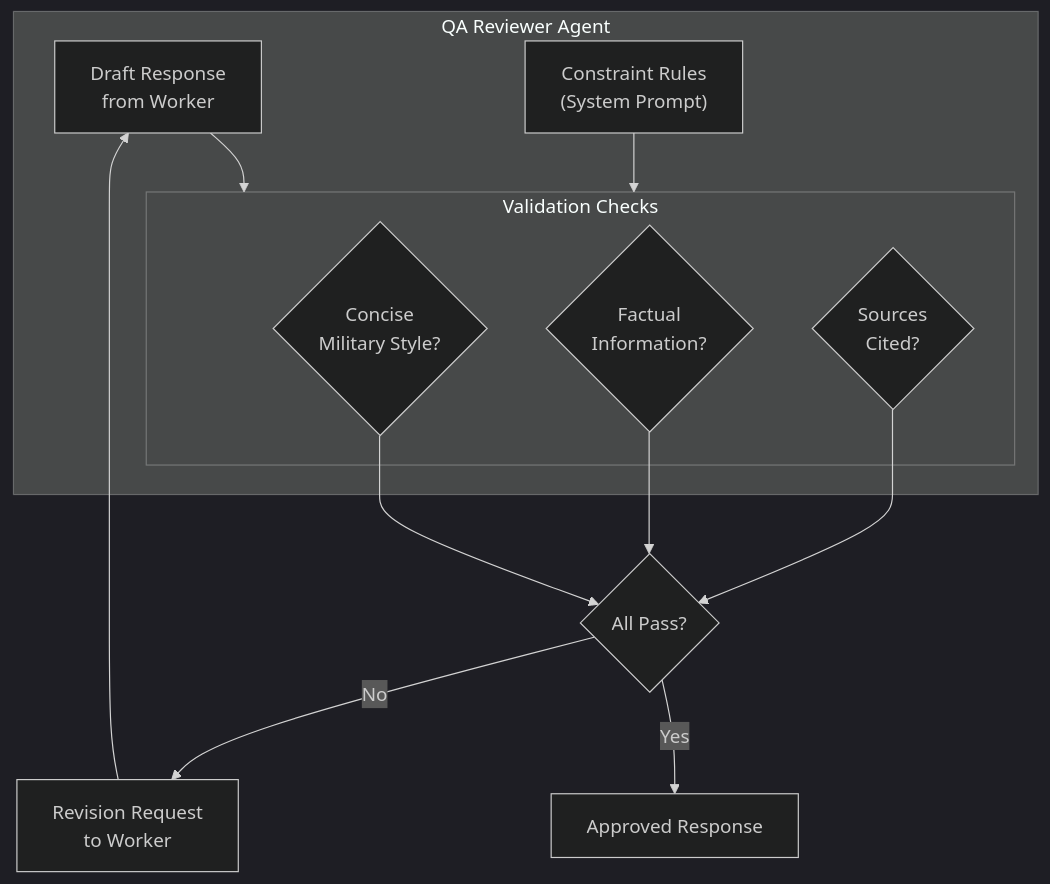
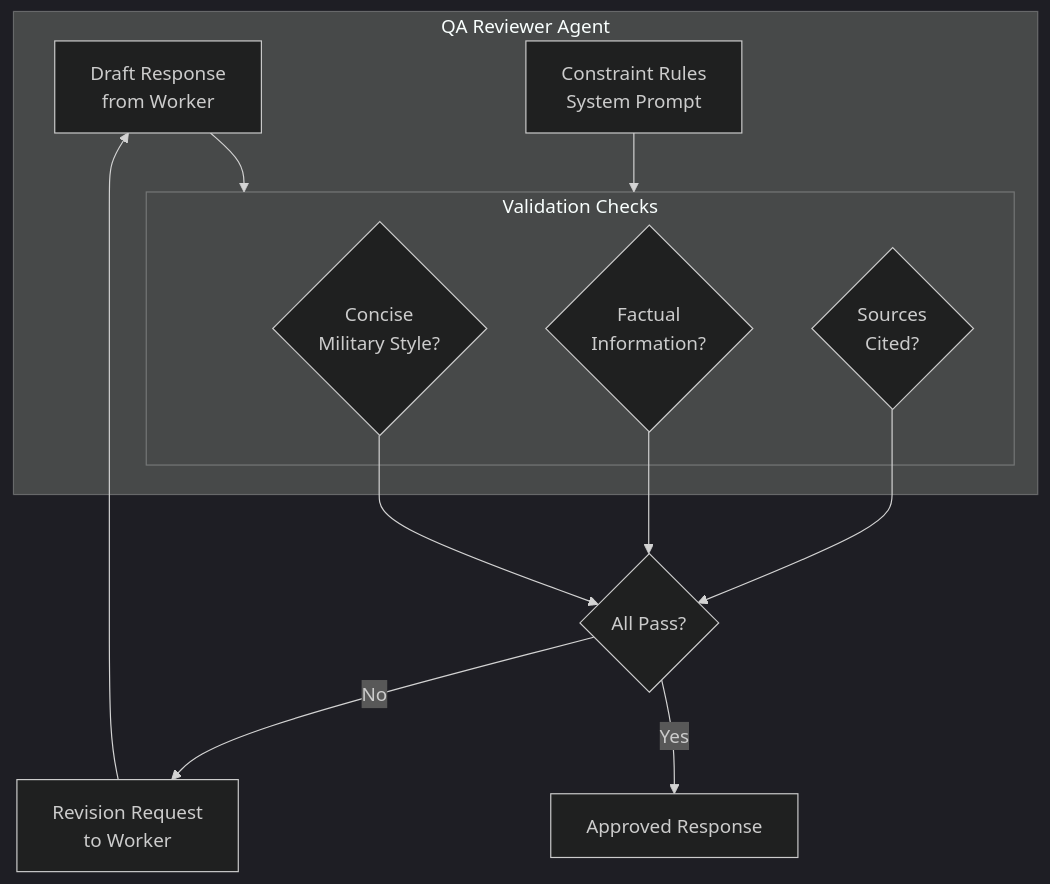
One commit to fbaierl/geo-vision-lab changed the fifth of 8 diagrams in docs/agent_workflow.md. Above: the diagram before and after it, drawn with Mermaid. The commit also changed other lines of this file and 1 other file, not shown here.

````diff
--- a/docs/agent_workflow.md
+++ b/docs/agent_workflow.md
@@ -232,26 +229,26 @@
 ```mermaid
 %%{init: {'theme': 'dark'}}%%
 graph TD
     subgraph Reviewer["QA Reviewer Agent"]
         INPUT["Draft Response<br/>from Worker"]
-        RULES["Constraint Rules<br/>(System Prompt)"]
+        RULES["Constraint Rules<br/>System Prompt"]
         CHECK["Validation Checks"]
     end
 
     INPUT --> CHECK
     RULES --> CHECK
 
     subgraph CHECK["Validation Checks"]
         C1{Concise<br/>Military Style?}
         C2{Factual<br/>Information?}
         C3{Sources<br/>Cited?}
     end
 
     C1 --> PASS{All Pass?}
     C2 --> PASS
     C3 --> PASS
 
     PASS -->|Yes| OUTPUT["Approved Response"]
     PASS -->|No| REVISE["Revision Request<br/>to Worker"]
     REVISE --> INPUT
 ```
````
